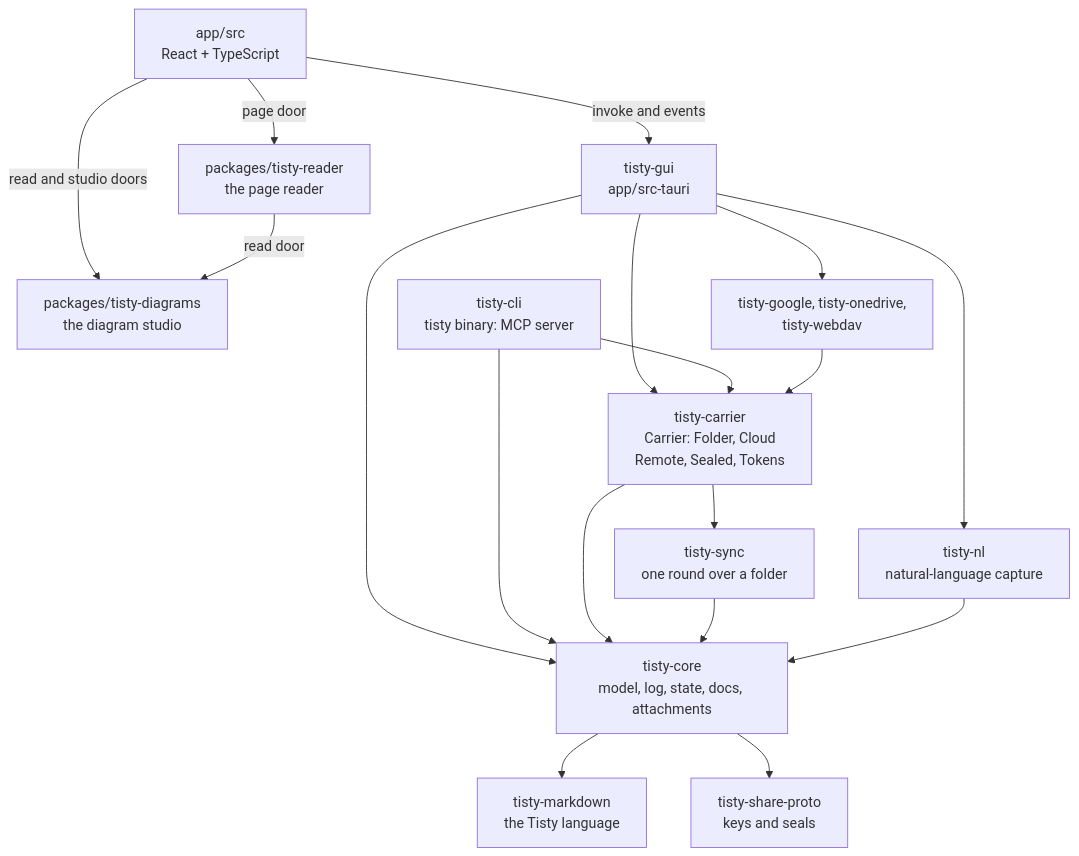
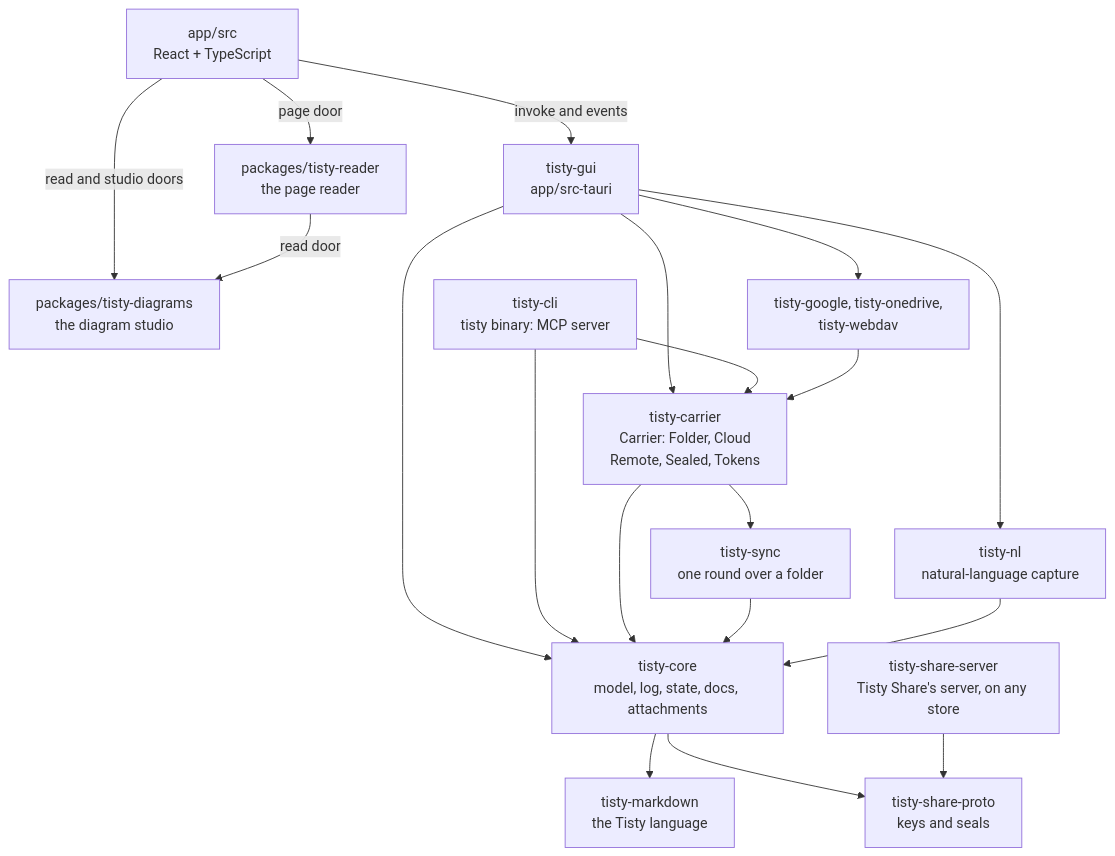
Before and after one commit to rgdevment/Tisty: the first of 5 diagrams in docs/ARCHITECTURE.md, drawn with Mermaid. The commit also changed other lines of this file and 16 other files, not shown here.

First line of the commit message:
feat(share): the server's core and its defences, on any store, before anything is public (#494)

````diff
--- a/docs/ARCHITECTURE.md
+++ b/docs/ARCHITECTURE.md
@@ -49,32 +49,34 @@
 ```mermaid
 flowchart TB
   react["app/src<br/>React + TypeScript"]
   studio["packages/tisty-diagrams<br/>the diagram studio"]
   reader["packages/tisty-reader<br/>the page reader"]
   gui["tisty-gui<br/>app/src-tauri"]
   cli["tisty-cli<br/>tisty binary: MCP server"]
   providers["tisty-google, tisty-onedrive,<br/>tisty-webdav"]
   carrier["tisty-carrier<br/>Carrier: Folder, Cloud<br/>Remote, Sealed, Tokens"]
   sync["tisty-sync<br/>one round over a folder"]
   nl["tisty-nl<br/>natural-language capture"]
   core["tisty-core<br/>model, log, state, docs, attachments"]
   md["tisty-markdown<br/>the Tisty language"]
   proto["tisty-share-proto<br/>keys and seals"]
+  server["tisty-share-server<br/>Tisty Share's server, on any store"]
   react -- "invoke and events" --> gui
   react -- "read and studio doors" --> studio
   react -- "page door" --> reader
   reader -- "read door" --> studio
   gui --> carrier
   gui --> providers
   gui --> nl
   gui --> core
   cli --> carrier
   cli --> core
   providers --> carrier
   carrier --> sync
   carrier --> core
   sync --> core
   nl --> core
   core --> md
   core --> proto
+  server --> proto
 ```
````
